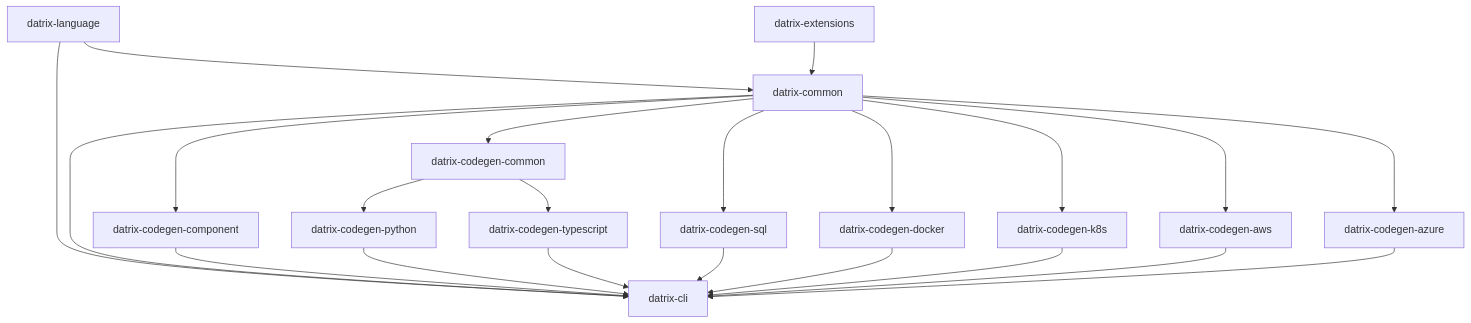
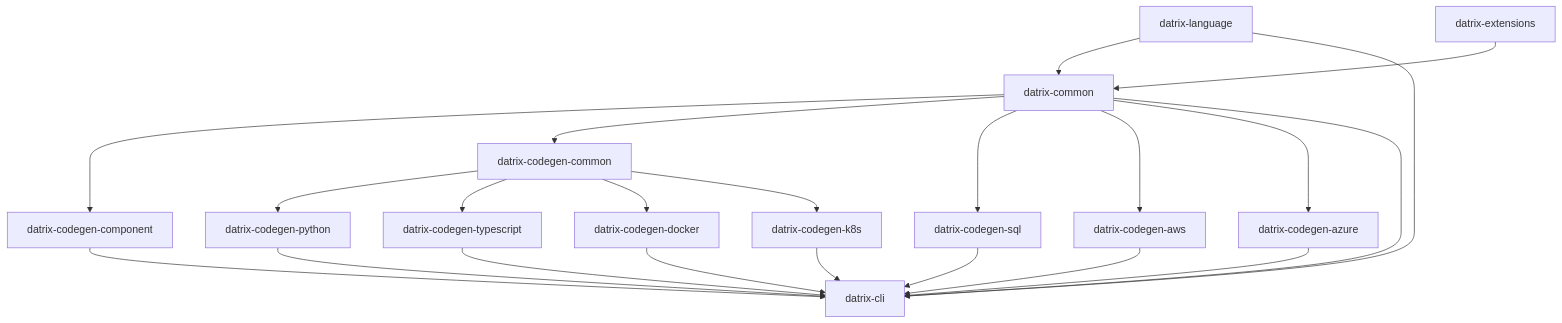
Before and after one commit to keturk/datrix: the diagram in docs/architecture/architecture-overview.md, drawn with Mermaid. The commit also changed other lines of this file and 2 other files, not shown here.

Commit message:
Document RequiredBodyValidator and stub guard in design principles
docs/architecture/design-principles.md:
- Add Fail Fast example: RequiredBodyValidator (BODY001) rejects callable
  declarations with empty bodies at compile time, preventing runtime stubs
- Add Fail Fast example: generated-output stub guard in datrix_codegen_common
  scans all generated files before output is accepted
- Expand 'No Dead Code' section to 'No Dead Code, No Runtime Stubs'; clarify
  that generator fallback paths use internal assertions, not user-facing stubs

````diff
--- a/docs/architecture/architecture-overview.md
+++ b/docs/architecture/architecture-overview.md
@@ -61,25 +61,25 @@
 ```mermaid
 graph TD
  A[datrix-common]
  B[datrix-language] --> A
  L[datrix-extensions] --> A
  A --> CC[datrix-codegen-component]
  A --> CGC[datrix-codegen-common]
  CGC --> D[datrix-codegen-python]
  CGC --> E[datrix-codegen-typescript]
  A --> F[datrix-codegen-sql]
- A --> G[datrix-codegen-docker]
- A --> H[datrix-codegen-k8s]
+ CGC --> G[datrix-codegen-docker]
+ CGC --> H[datrix-codegen-k8s]
  A --> I[datrix-codegen-aws]
  A --> J[datrix-codegen-azure]
  B --> K[datrix-cli]
  A --> K
  CC --> K
  D --> K
  E --> K
  F --> K
  G --> K
  H --> K
  I --> K
  J --> K
 ```
````
